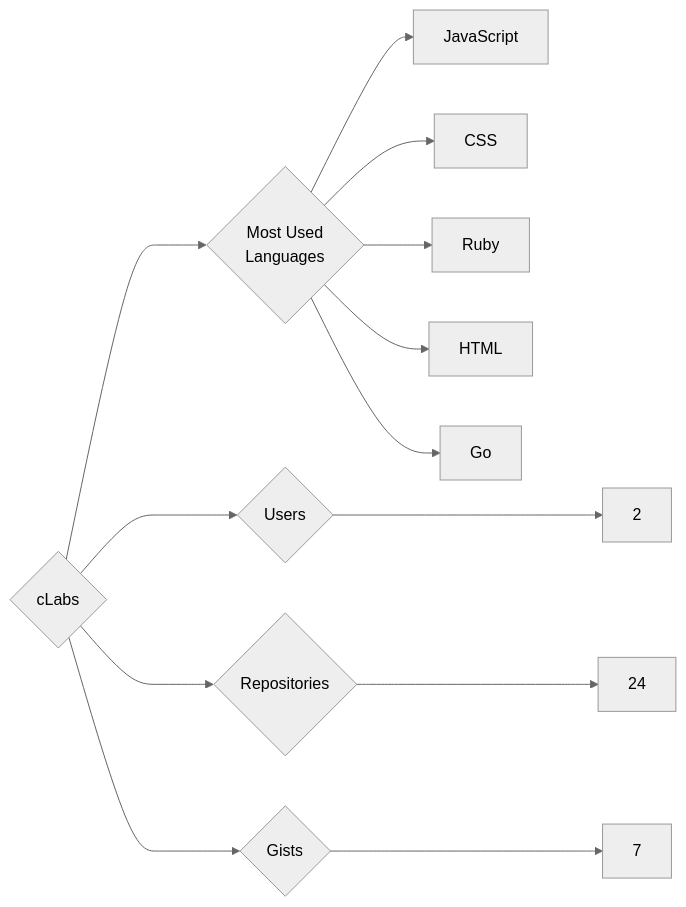
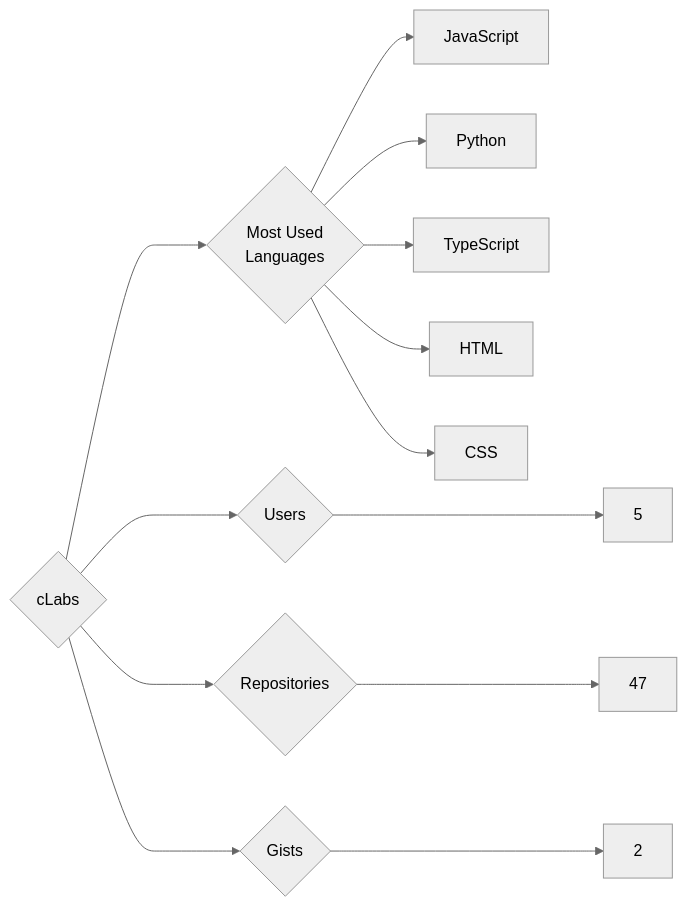
The diagram in targets/cLabs/README.md (trickest/insiders), drawn with Mermaid (neutral theme) before and after one commit. The commit also changed 1167 other files, not shown here.

````diff
--- a/targets/cLabs/README.md
+++ b/targets/cLabs/README.md
@@ -3,13 +3,13 @@
 ```mermaid
 graph LR
 COMPANY_NAME{cLabs}
-COMPANY_NAME ---> U{Users} ---> UN[2]
-COMPANY_NAME ---> R{Repositories} ---> RN[24]
-COMPANY_NAME ---> G{Gists} ---> GN[7]
+COMPANY_NAME ---> U{Users} ---> UN[5]
+COMPANY_NAME ---> R{Repositories} ---> RN[47]
+COMPANY_NAME ---> G{Gists} ---> GN[2]
 COMPANY_NAME ---> ML{Most Used<br>Languages}
 ML --> JavaScript[JavaScript]
+ML --> Python[Python]
+ML --> TypeScript[TypeScript]
+ML --> HTML[HTML]
 ML --> CSS[CSS]
-ML --> Ruby[Ruby]
-ML --> HTML[HTML]
-ML --> Go[Go]
 ```
````
